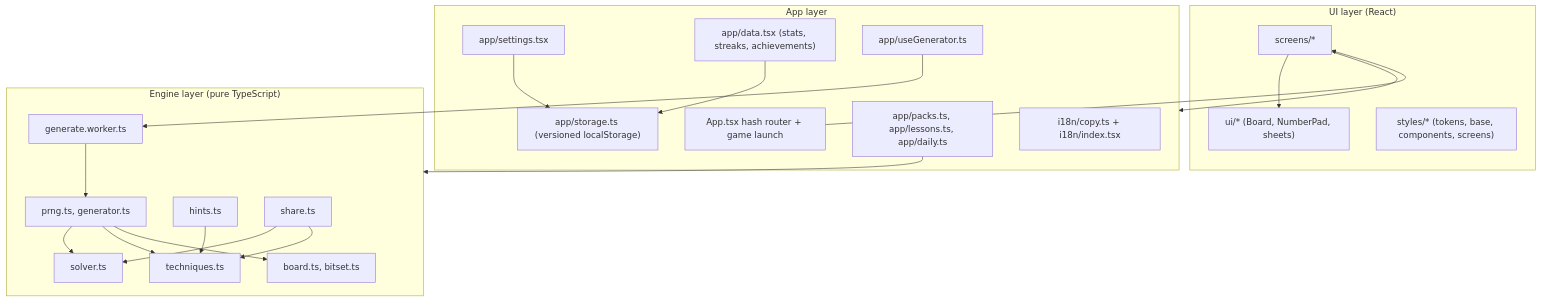
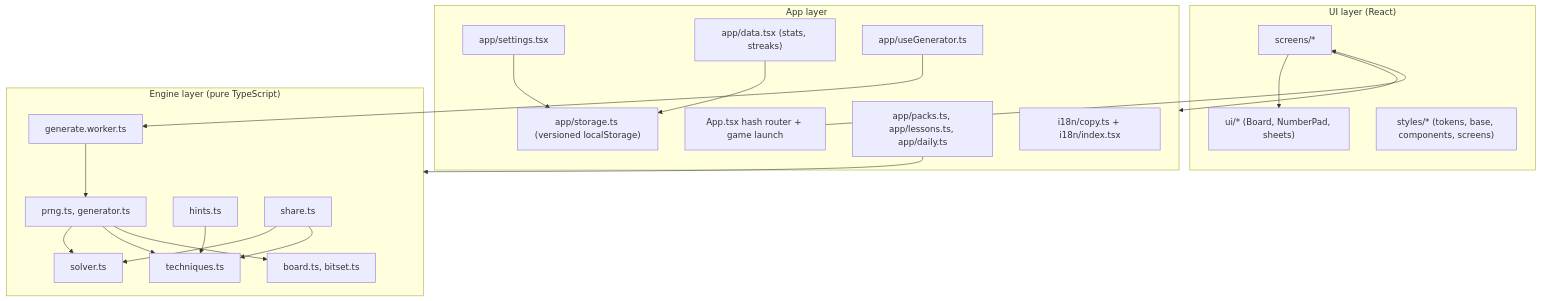
Before and after one commit to ffrizzyy/ayo-sudoku: the diagram in docs/architecture.md, drawn with Mermaid. The commit also changed other lines of this file and 5 other files, not shown here.

````diff
--- a/docs/architecture.md
+++ b/docs/architecture.md
@@ -7,43 +7,43 @@
 ```mermaid
 flowchart TD
     subgraph UI["UI layer (React)"]
         Screens["screens/*"]
         Components["ui/* (Board, NumberPad, sheets)"]
         Styles["styles/* (tokens, base, components, screens)"]
     end
 
     subgraph App["App layer"]
         Router["App.tsx hash router + game launch"]
         Settings["app/settings.tsx"]
-        Data["app/data.tsx (stats, streaks, achievements)"]
+        Data["app/data.tsx (stats, streaks)"]
         Storage["app/storage.ts (versioned localStorage)"]
         GeneratorHook["app/useGenerator.ts"]
         Content["app/packs.ts, app/lessons.ts, app/daily.ts"]
         I18n["i18n/copy.ts + i18n/index.tsx"]
     end
 
     subgraph Engine["Engine layer (pure TypeScript)"]
         Geometry["board.ts, bitset.ts"]
         Solver["solver.ts"]
         Techniques["techniques.ts"]
         Gen["prng.ts, generator.ts"]
         Hints["hints.ts"]
         Share["share.ts"]
         Worker["generate.worker.ts"]
     end
 
     Screens --> Components
     Screens --> App
     Router --> Screens
     Data --> Storage
     Settings --> Storage
     GeneratorHook --> Worker
     Worker --> Gen
     Gen --> Solver
     Gen --> Techniques
     Gen --> Geometry
     Hints --> Techniques
     Share --> Solver
     Share --> Techniques
     Content --> Engine
 ```
````
